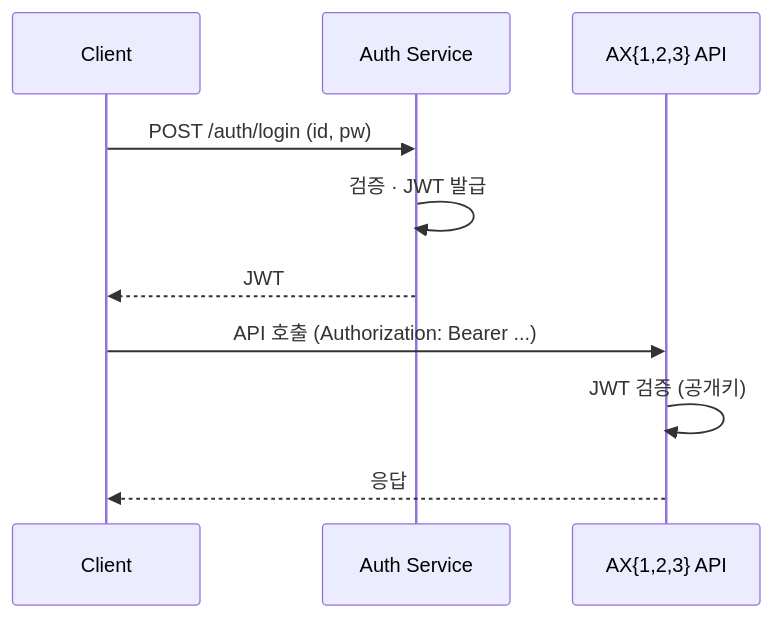
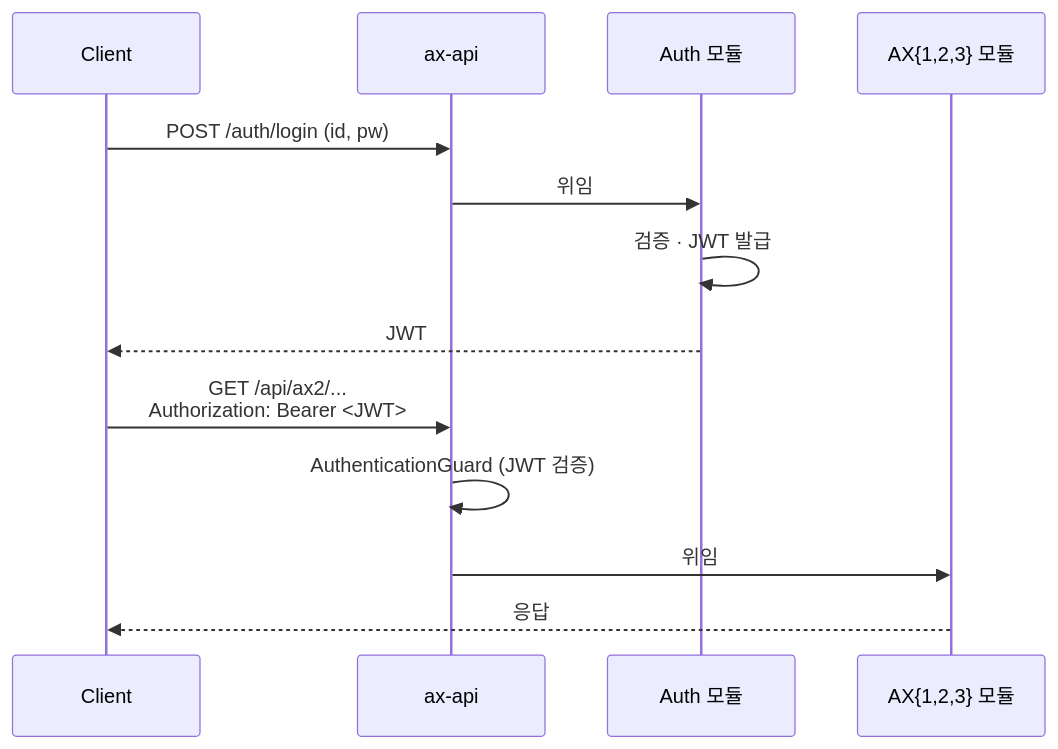
One commit to hakseon-yoo/obsidian-memories changed the second of 2 diagrams in ChangShin/Infrastructure/10 - Architecture.md. Above: the diagram before and after it, drawn with Mermaid. The commit also changed other lines of this file and 16 other files, not shown here.

````diff
--- a/ChangShin/Infrastructure/10 - Architecture.md
+++ b/ChangShin/Infrastructure/10 - Architecture.md
@@ -121,12 +117,16 @@
 ```mermaid
 sequenceDiagram
   participant C as Client
-  participant A as Auth Service
-  participant X as AX{1,2,3} API
-  C->>A: POST /auth/login (id, pw)
-  A->>A: 검증 · JWT 발급
-  A-->>C: JWT
-  C->>X: API 호출 (Authorization: Bearer ...)
-  X->>X: JWT 검증 (공개키)
-  X-->>C: 응답
+  participant API as ax-api
+  participant Auth as Auth 모듈
+  participant Domain as AX{1,2,3} 모듈
+
+  C->>API: POST /auth/login (id, pw)
+  API->>Auth: 위임
+  Auth->>Auth: 검증 · JWT 발급
+  Auth-->>C: JWT
+  C->>API: GET /api/ax2/...<br/>Authorization: Bearer <JWT>
+  API->>API: AuthenticationGuard (JWT 검증)
+  API->>Domain: 위임
+  Domain-->>C: 응답
 ```
````
